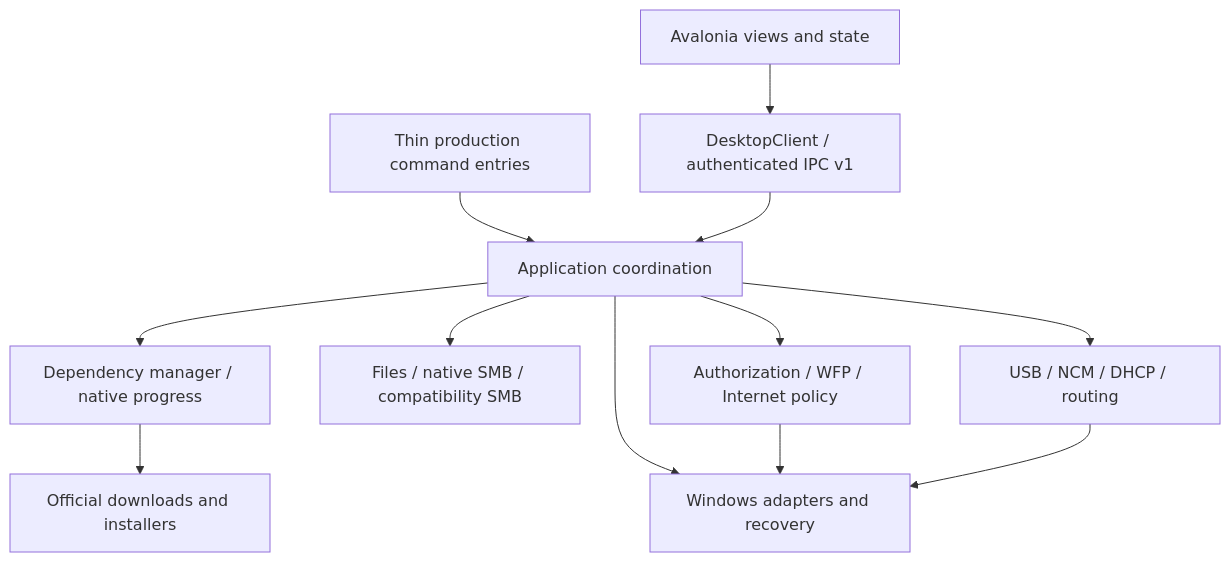
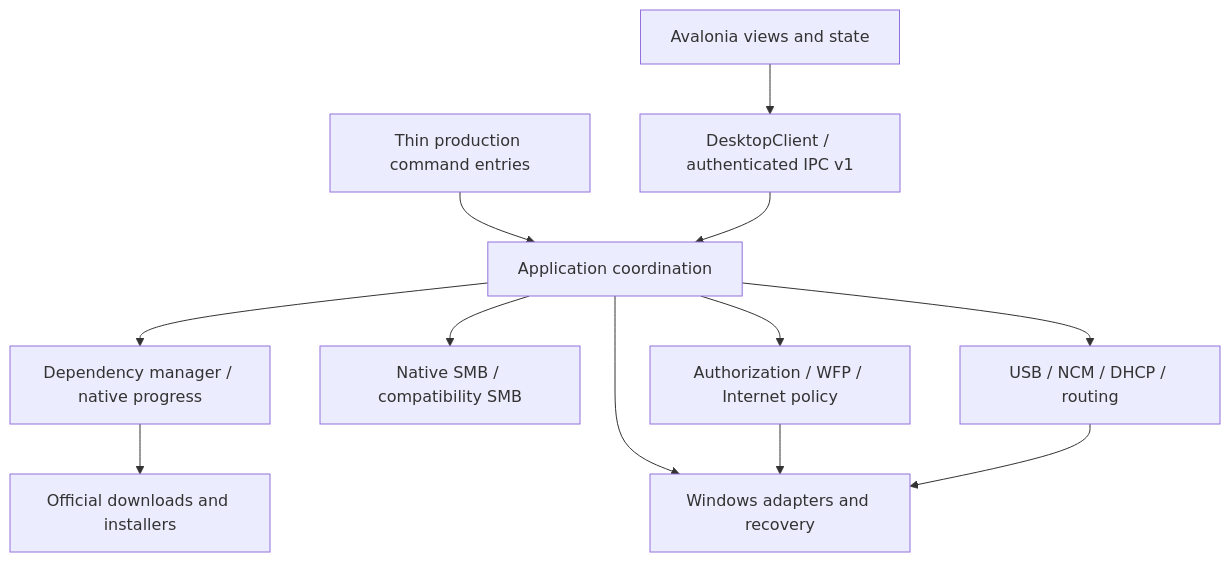
The diagram in docs/ARCHITECTURE.md (07ZVI/usb-link), drawn with Mermaid before and after one commit. The commit also changed other lines of this file and 67 other files, not shown here.

````diff
--- a/docs/ARCHITECTURE.md
+++ b/docs/ARCHITECTURE.md
@@ -5,14 +5,14 @@
 ```mermaid
 flowchart TD
     cmd[Thin production command entries] --> app[Application coordination]
     ui[Avalonia views and state] --> client[DesktopClient / authenticated IPC v1]
     client --> app
     app --> deps[Dependency manager / native progress]
-    app --> sharing[Files / native SMB / compatibility SMB]
+    app --> sharing[Native SMB / compatibility SMB]
     app --> security[Authorization / WFP / Internet policy]
     app --> transport[USB / NCM / DHCP / routing]
     app --> platform[Windows adapters and recovery]
     deps --> official[Official downloads and installers]
     security --> platform
     transport --> platform
 ```
````
